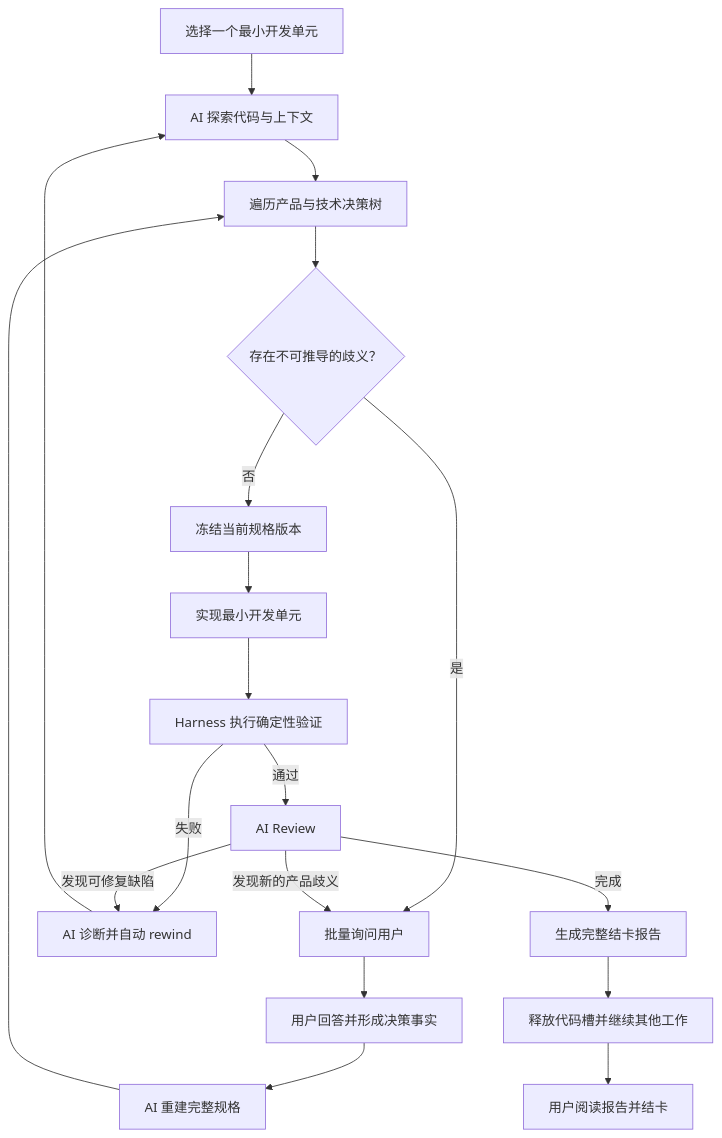
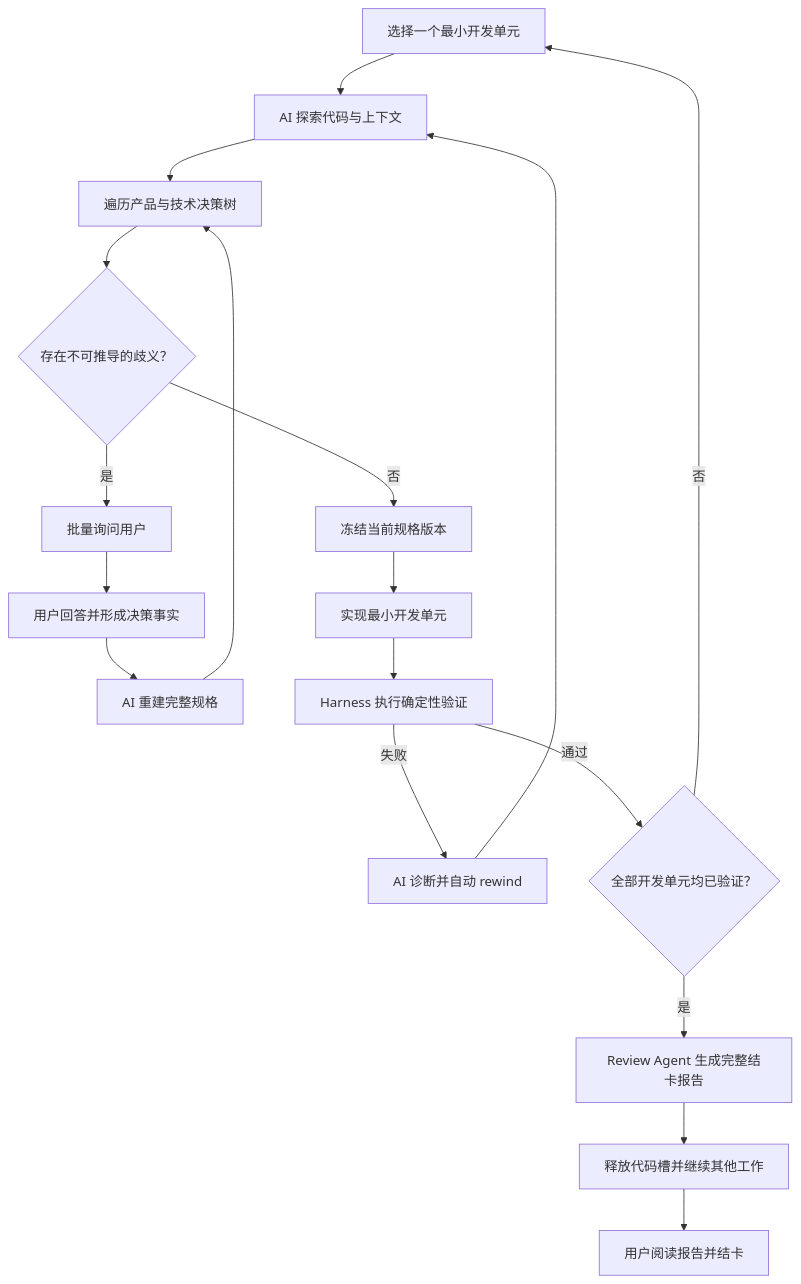
Before and after one commit to InspireChina/ai4se-loop-workflow: the first of 2 diagrams in README.md, drawn with Mermaid. The commit also changed other lines of this file and 45 other files, not shown here.

````diff
--- a/README.md
+++ b/README.md
@@ -57,21 +57,20 @@
 ```mermaid
 flowchart TD
     A["选择一个最小开发单元"] --> B["AI 探索代码与上下文"]
     B --> C["遍历产品与技术决策树"]
     C --> D{"存在不可推导的歧义？"}
     D -- "是" --> E["批量询问用户"]
     E --> F["用户回答并形成决策事实"]
     F --> G["AI 重建完整规格"]
     G --> C
     D -- "否" --> H["冻结当前规格版本"]
     H --> I["实现最小开发单元"]
     I --> J["Harness 执行确定性验证"]
     J -- "失败" --> K["AI 诊断并自动 rewind"]
     K --> B
-    J -- "通过" --> L["AI Review"]
-    L -- "发现可修复缺陷" --> K
-    L -- "发现新的产品歧义" --> E
-    L -- "完成" --> M["生成完整结卡报告"]
+    J -- "通过" --> L{"全部开发单元均已验证？"}
+    L -- "否" --> A
+    L -- "是" --> M["Review Agent 生成完整结卡报告"]
     M --> N["释放代码槽并继续其他工作"]
     N --> O["用户阅读报告并结卡"]
 ```
````
